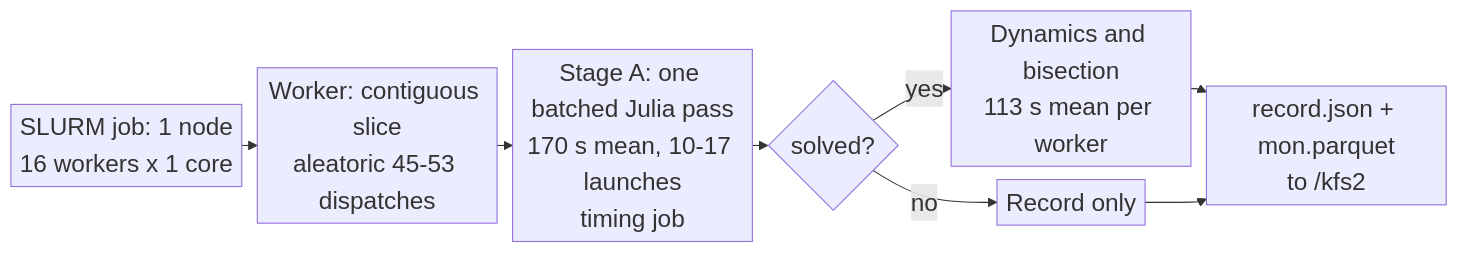
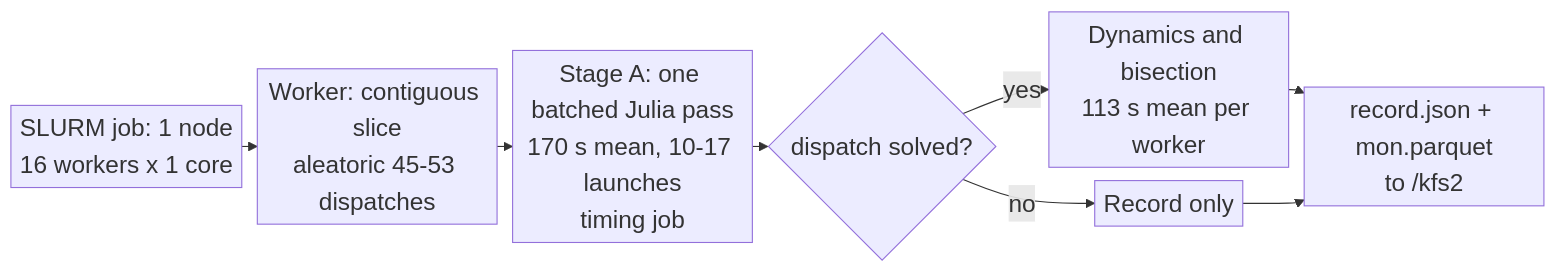
The fourth of 4 diagrams in uq-usecase/work-notes/datacenter_pilot_report.md (ORNL/GridKit), drawn with Mermaid before and after one commit. The commit also changed other lines of this file and 2 other files, not shown here.

````diff
--- a/uq-usecase/work-notes/datacenter_pilot_report.md
+++ b/uq-usecase/work-notes/datacenter_pilot_report.md
@@ -428,11 +428,11 @@
 ```mermaid
 %%{init: {"fontSize": 22, "themeVariables": {"fontSize": "22px"}, "flowchart": {"nodeSpacing": 12, "rankSpacing": 14, "padding": 4}}}%%
 flowchart LR
     J[SLURM job: 1 node<br/>16 workers x 1 core] --> S[Worker: contiguous slice<br/>aleatoric 45-53 dispatches]
     S --> A[Stage A: one batched Julia pass<br/>170 s mean, 10-17 launches<br/>timing job]
-    A --> B{solved?}
+    A --> B{dispatch solved?}
     B -->|yes| C[Dynamics and bisection<br/>113 s mean per worker]
     B -->|no| D[Record only]
     C --> E[record.json + mon.parquet<br/>to /kfs2]
     D --> E
 ```
````
